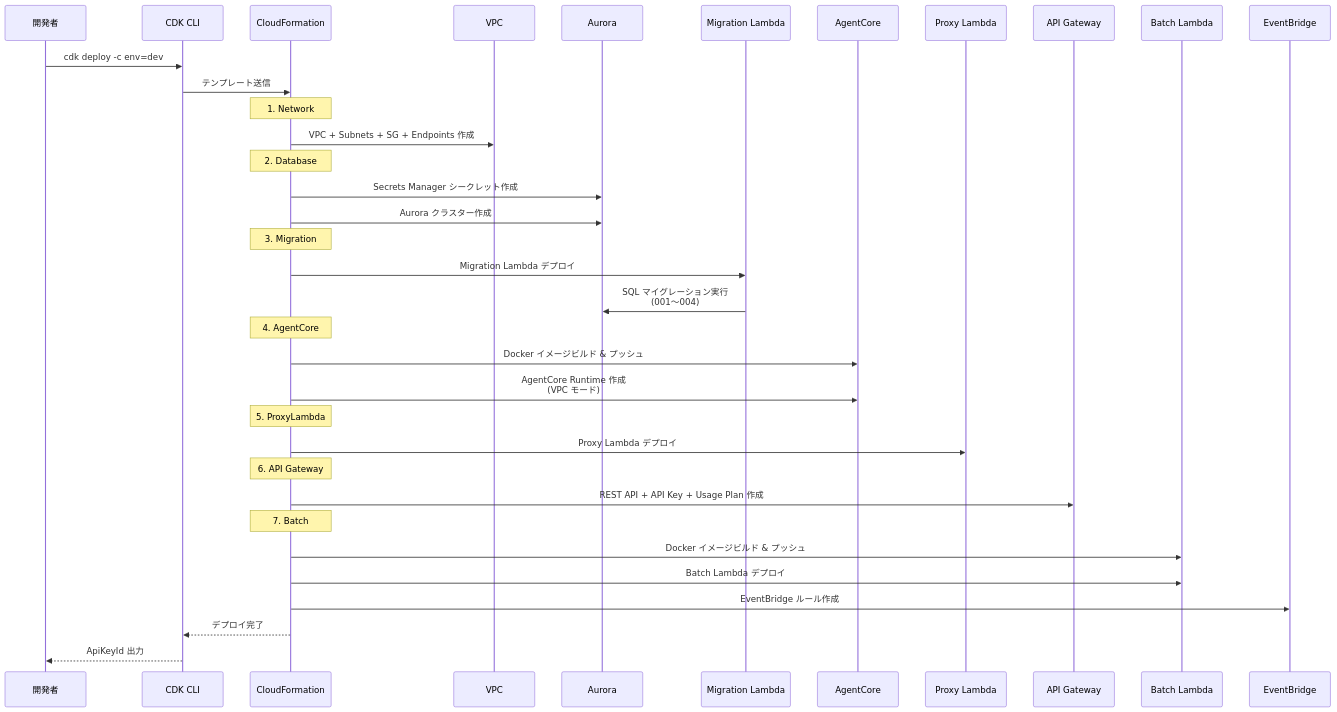
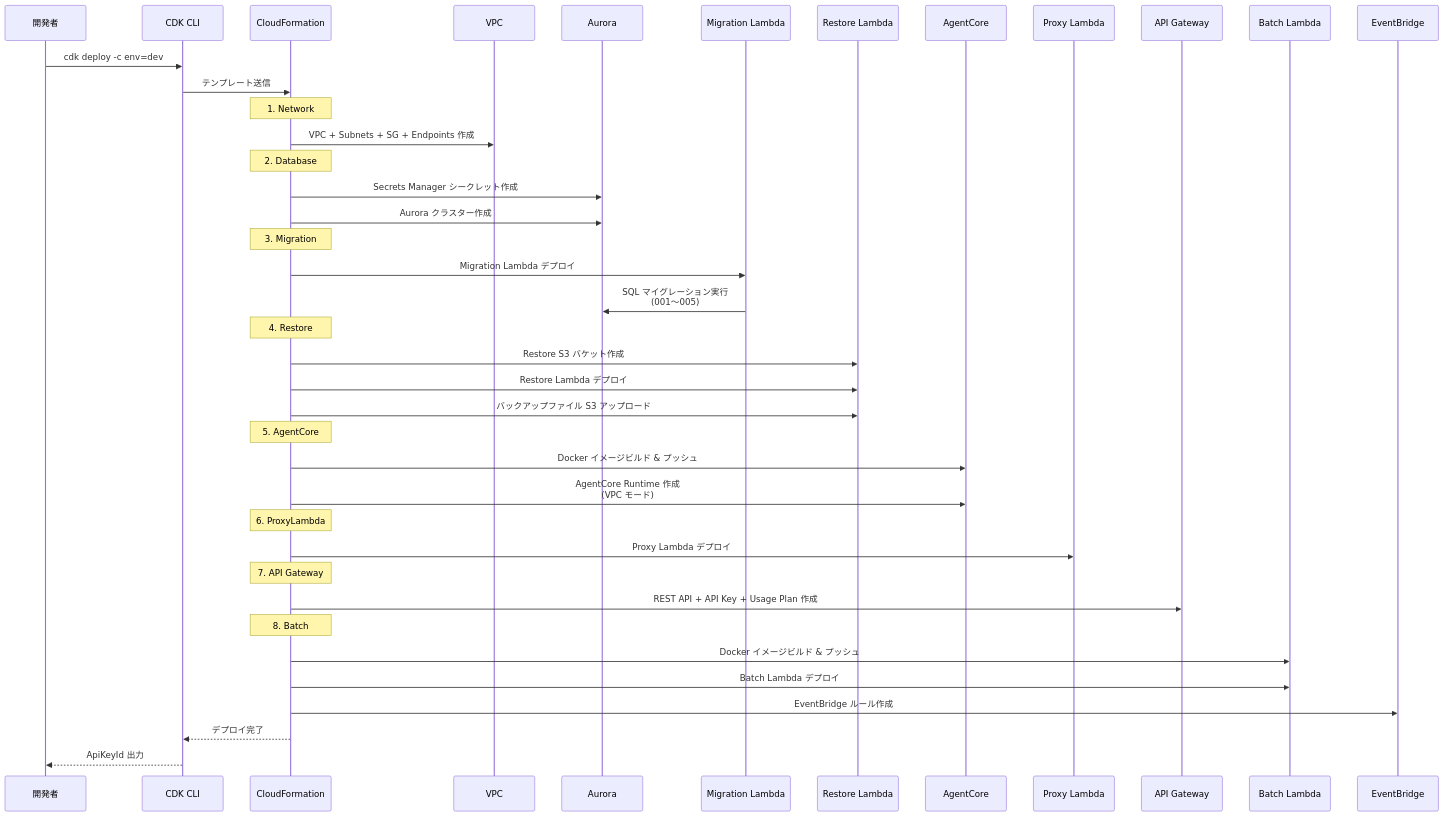
Before and after one commit to sori883/myfriend: the diagram in docs/設計/AWS/デプロイフロー.md, drawn with Mermaid. The commit also changed other lines of this file and 23 other files, not shown here.

````diff
--- a/docs/設計/AWS/デプロイフロー.md
+++ b/docs/設計/AWS/デプロイフロー.md
@@ -51,46 +55,52 @@
 ```mermaid
 sequenceDiagram
     participant DEV as 開発者
     participant CDK as CDK CLI
     participant CF as CloudFormation
     participant VPC as VPC
     participant DB as Aurora
     participant MIG as Migration Lambda
+    participant RST as Restore Lambda
     participant AC as AgentCore
     participant PL as Proxy Lambda
     participant APIGW as API Gateway
     participant BATCH as Batch Lambda
     participant EB as EventBridge
 
     DEV->>CDK: cdk deploy -c env=dev
     CDK->>CF: テンプレート送信
 
     Note over CF: 1. Network
     CF->>VPC: VPC + Subnets + SG + Endpoints 作成
 
     Note over CF: 2. Database
     CF->>DB: Secrets Manager シークレット作成
     CF->>DB: Aurora クラスター作成
 
     Note over CF: 3. Migration
     CF->>MIG: Migration Lambda デプロイ
-    MIG->>DB: SQL マイグレーション実行<br/>(001〜004)
+    MIG->>DB: SQL マイグレーション実行<br/>(001〜005)
 
-    Note over CF: 4. AgentCore
+    Note over CF: 4. Restore
+    CF->>RST: Restore S3 バケット作成
+    CF->>RST: Restore Lambda デプロイ
+    CF->>RST: バックアップファイル S3 アップロード
+
+    Note over CF: 5. AgentCore
     CF->>AC: Docker イメージビルド & プッシュ
     CF->>AC: AgentCore Runtime 作成<br/>(VPC モード)
 
-    Note over CF: 5. ProxyLambda
+    Note over CF: 6. ProxyLambda
     CF->>PL: Proxy Lambda デプロイ
 
-    Note over CF: 6. API Gateway
+    Note over CF: 7. API Gateway
     CF->>APIGW: REST API + API Key + Usage Plan 作成
 
-    Note over CF: 7. Batch
+    Note over CF: 8. Batch
     CF->>BATCH: Docker イメージビルド & プッシュ
     CF->>BATCH: Batch Lambda デプロイ
     CF->>EB: EventBridge ルール作成
 
     CF-->>CDK: デプロイ完了
     CDK-->>DEV: ApiKeyId 出力
 ```
````
